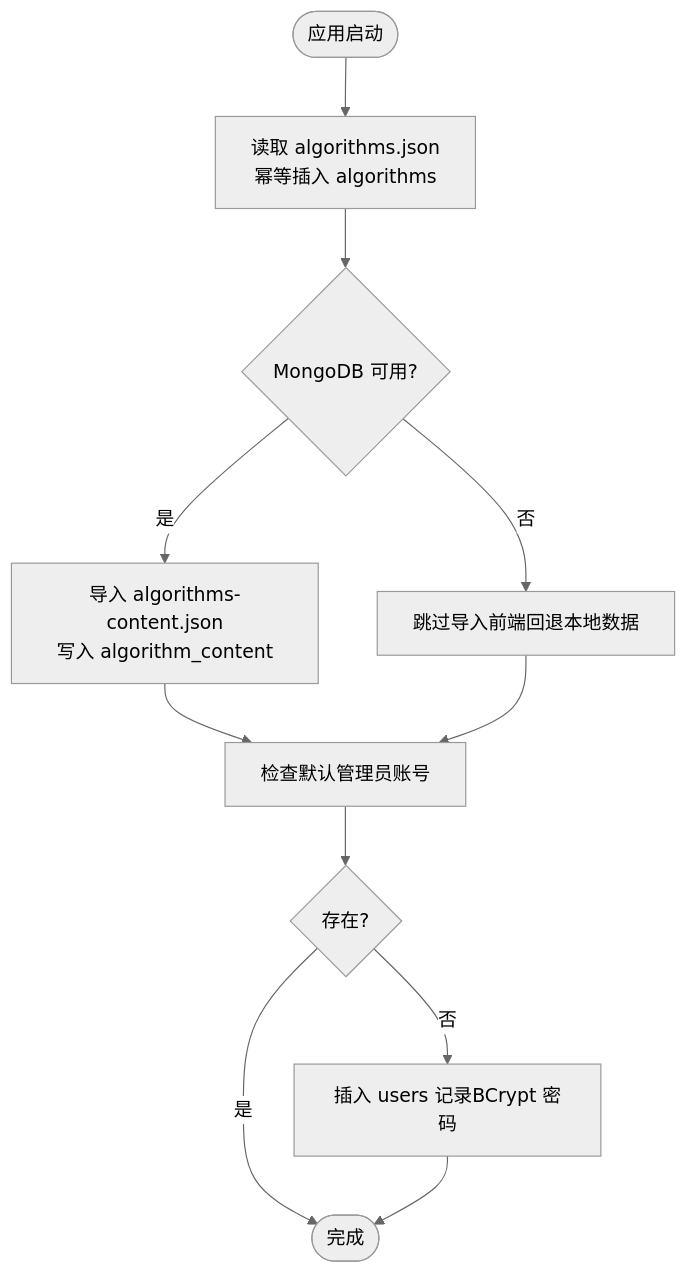
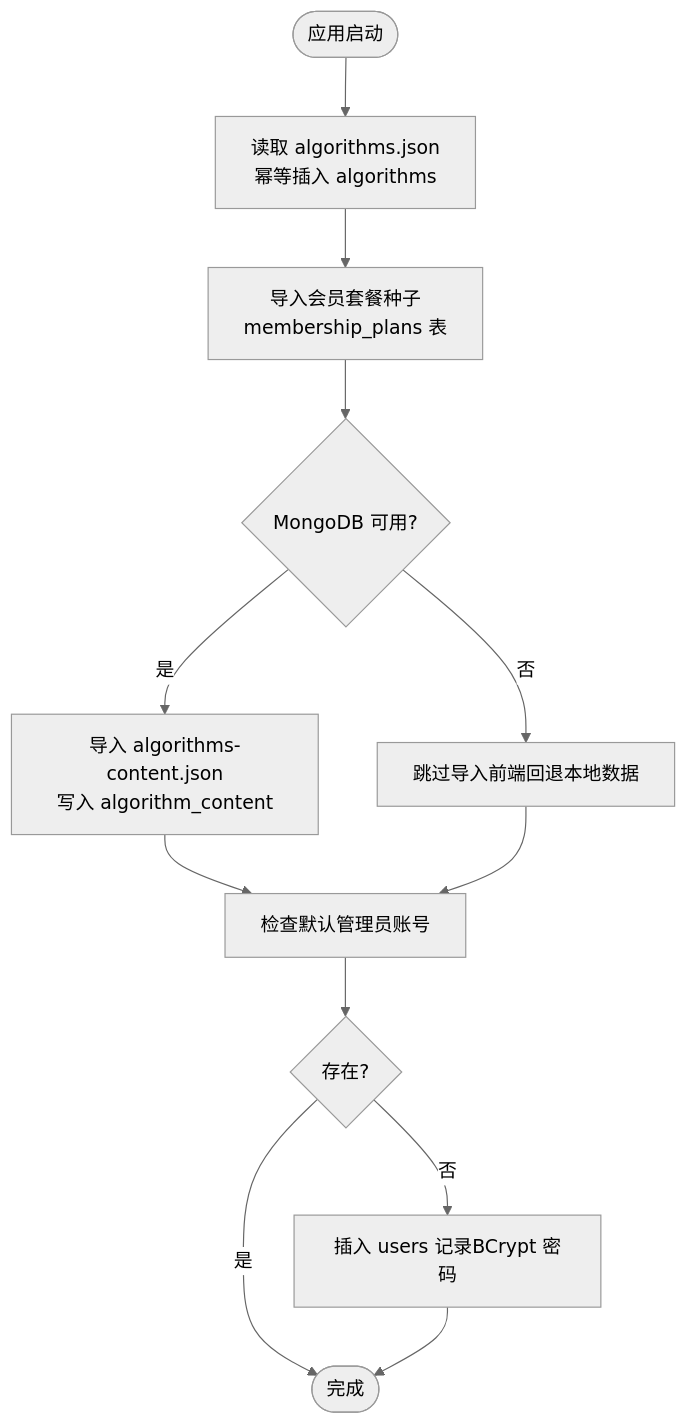
One commit to huangman881112/aiforip changed the fifth of 7 diagrams in .qoder/repowiki/zh/content/数据库设计/数据库设计.md. Above: the diagram before and after it, drawn with Mermaid (neutral theme). The commit also changed other lines of this file and 69 other files, not shown here.

````diff
--- a/.qoder/repowiki/zh/content/数据库设计/数据库设计.md
+++ b/.qoder/repowiki/zh/content/数据库设计/数据库设计.md
@@ -337,13 +464,14 @@
 ```mermaid
 flowchart TD
 Start(["应用启动"]) --> SeedAlgo["读取 algorithms.json<br/>幂等插入 algorithms"]
-SeedAlgo --> SeedContent{"MongoDB 可用?"}
+SeedAlgo --> SeedPlan["导入会员套餐种子<br/>membership_plans 表"]
+SeedPlan --> SeedContent{"MongoDB 可用?"}
 SeedContent --> |是| ImportMongo["导入 algorithms-content.json<br/>写入 algorithm_content"]
 SeedContent --> |否| SkipMongo["跳过导入前端回退本地数据"]
 ImportMongo --> AdminCheck["检查默认管理员账号"]
 SkipMongo --> AdminCheck
 AdminCheck --> CreateAdmin{"存在?"}
 CreateAdmin --> |否| InsertAdmin["插入 users 记录BCrypt 密码"]
 CreateAdmin --> |是| End(["完成"])
 InsertAdmin --> End
 ```
````
